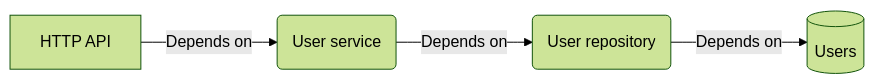
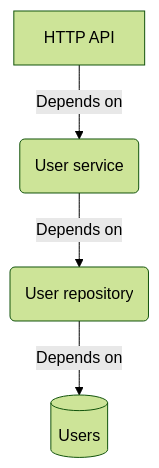
One commit to bradwestness/bradwestness.github.io changed the first of 4 diagrams in _posts/2024/2024-04-07-organizing-your-code-to-minimize-the-blast-radius.md. Above: the diagram before and after it, drawn with Mermaid (forest theme). The commit also changed other lines of this file, not shown here.

```diff
--- a/_posts/2024/2024-04-07-organizing-your-code-to-minimize-the-blast-radius.md
+++ b/_posts/2024/2024-04-07-organizing-your-code-to-minimize-the-blast-radius.md
@@ -18,6 +18,6 @@
 <pre class="mermaid">
-flowchart LR
+flowchart TD
     A["HTTP API"] --> |Depends on| B(User service)
     B --> |Depends on| C(User repository)
     C --> |Depends on| D[(Users)]
 </pre>
```
